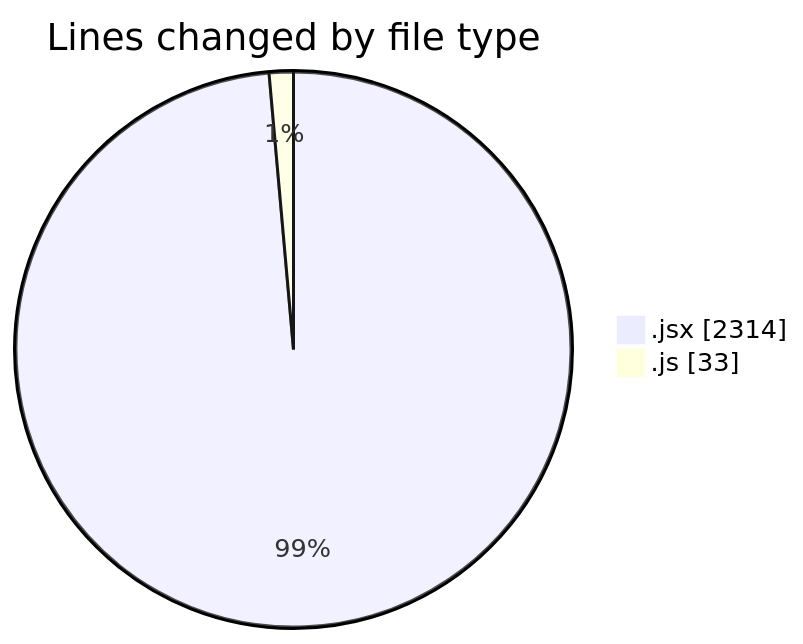
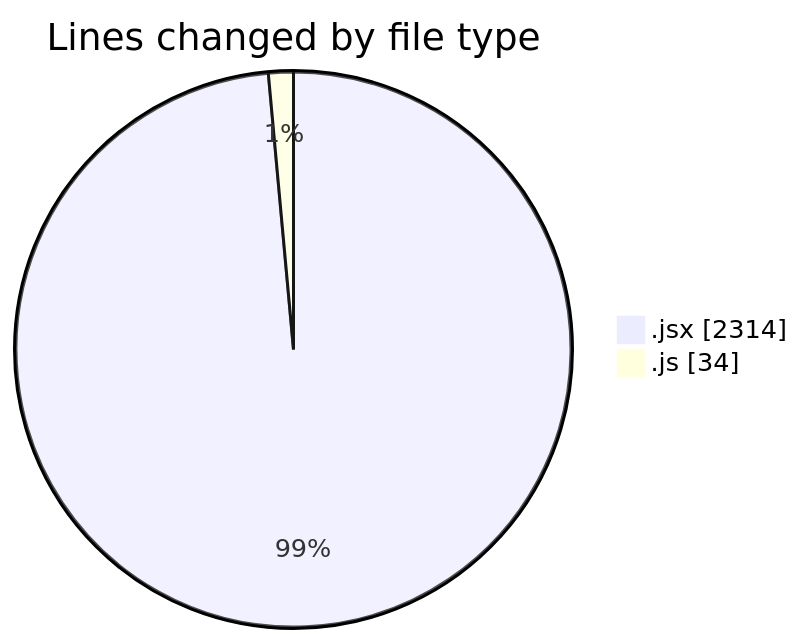
The first of 2 diagrams in 2026-01-08/nxtqube_webapp/README.md (nxtqubesakshisongat/code-tracking), drawn with Mermaid before and after one commit. The commit also changed other lines of this file and 1 other file, not shown here.

````diff
--- a/2026-01-08/nxtqube_webapp/README.md
+++ b/2026-01-08/nxtqube_webapp/README.md
@@ -21,6 +21,6 @@
 ```mermaid
 pie showData
 title Lines changed by file type
 ".jsx" : 2314
-".js" : 33
+".js" : 34
 ```
````
